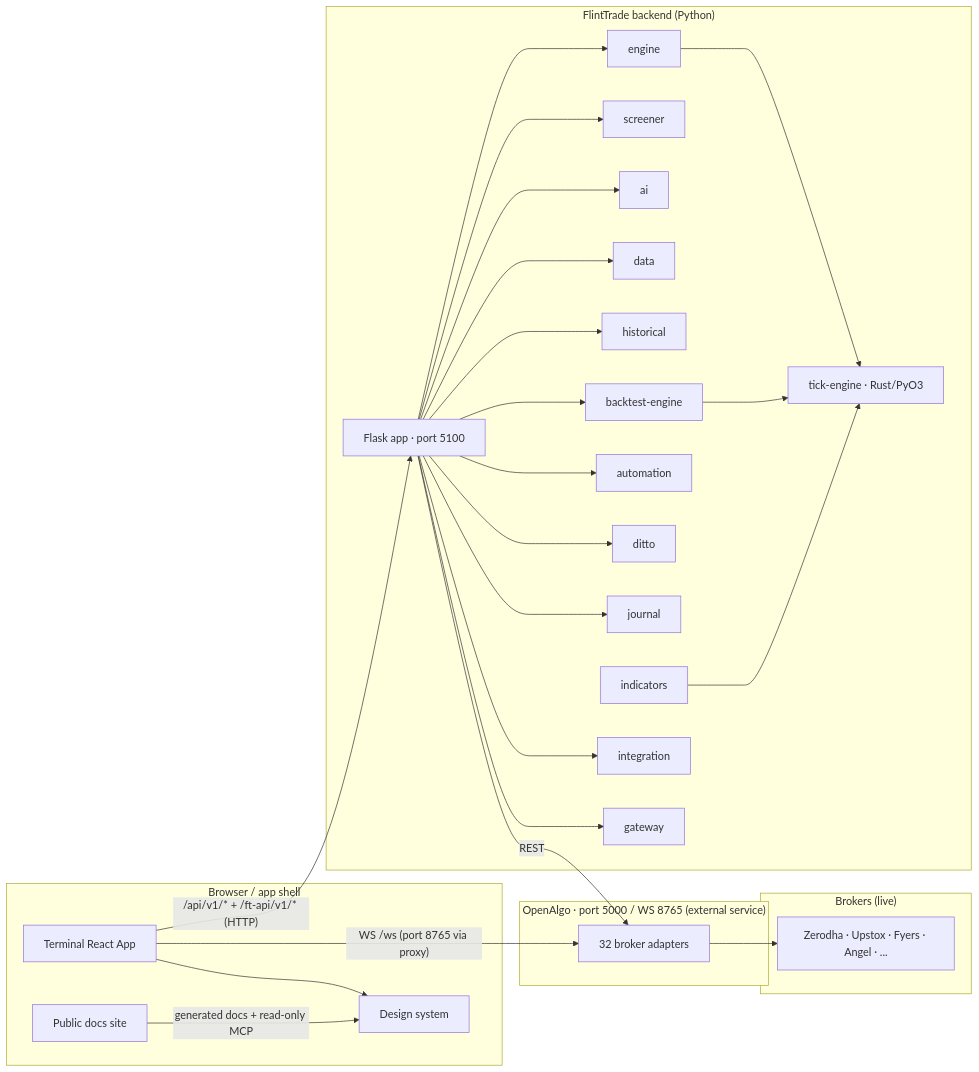
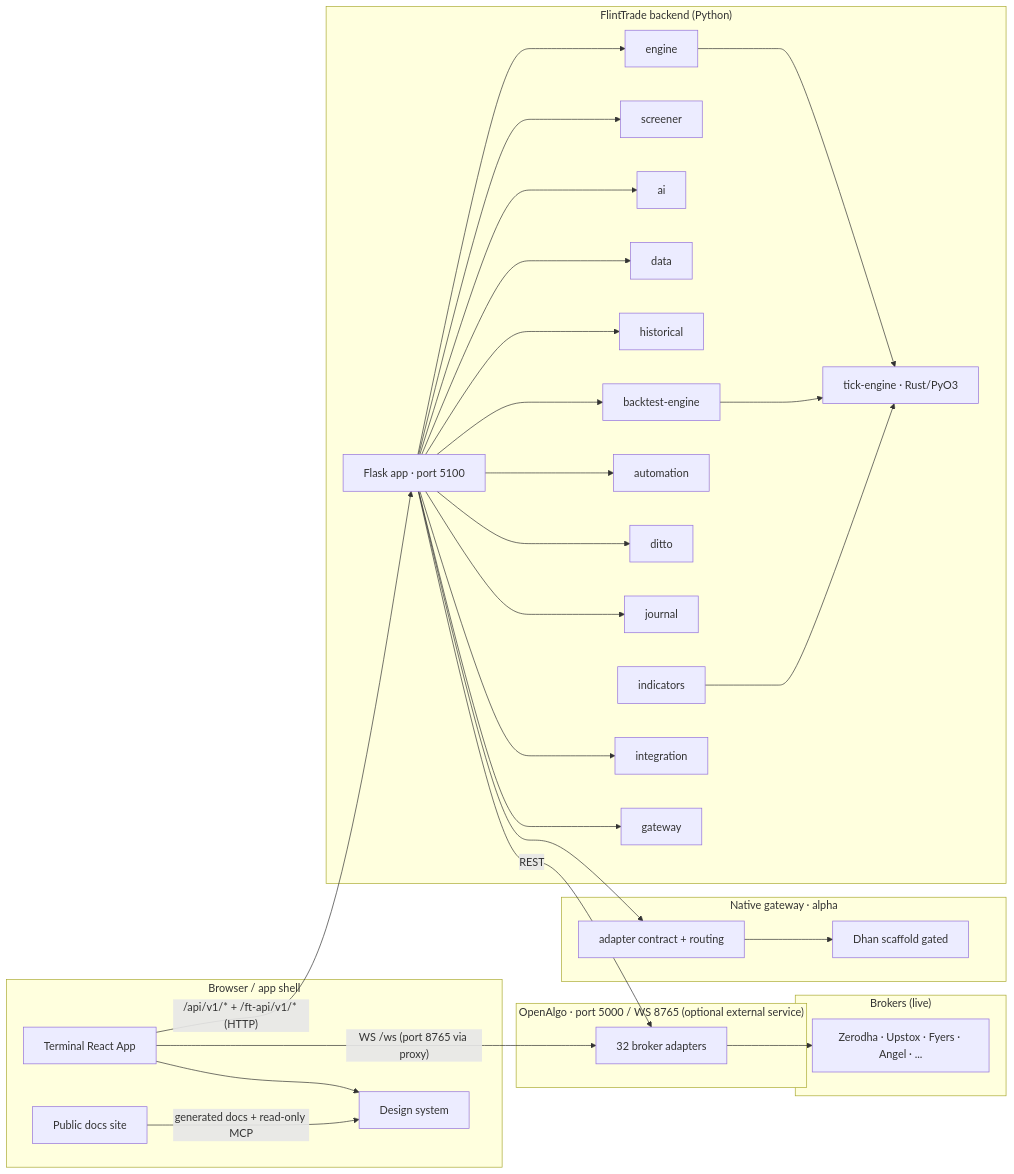
Before and after one commit to navaneeshnagarajan/FlintTrade: the first of 5 diagrams in docs/ARCHITECTURE.md, drawn with Mermaid. The commit also changed other lines of this file and 242 other files, not shown here.

````diff
--- a/docs/ARCHITECTURE.md
+++ b/docs/ARCHITECTURE.md
@@ -16,54 +16,61 @@
 ```mermaid
 flowchart LR
     subgraph Browser["Browser / app shell"]
         T[Terminal React App]
         SITE[Public docs site]
         DS[Design system]
     end
 
     subgraph Backend["FlintTrade backend (Python)"]
         F[Flask app · port 5100]
         E[engine]
         S[screener]
         AI[ai]
         D[data]
         H[historical]
         BT[backtest-engine]
         AUT[automation]
         DIT[ditto]
         JNL[journal]
         IND[indicators]
         ING[integration]
         GW[gateway]
         TICK[tick-engine · Rust/PyO3]
     end
 
-    subgraph OpenAlgo["OpenAlgo · port 5000 / WS 8765 (external service)"]
+    subgraph NativeGateway["Native gateway · alpha"]
+        NGA[adapter contract + routing]
+        DHAN[Dhan scaffold gated]
+    end
+
+    subgraph OpenAlgo["OpenAlgo · port 5000 / WS 8765 (optional external service)"]
         OA[32 broker adapters]
     end
 
     subgraph Brokers["Brokers (live)"]
         B1[Zerodha · Upstox · Fyers · Angel · ...]
     end
 
     T -- "/api/v1/* + /ft-api/v1/* (HTTP)" --> F
     T -- "WS /ws (port 8765 via proxy)" --> OA
     SITE -- "generated docs + read-only MCP" --> DS
     T --> DS
     F --> E
     F --> S
     F --> AI
     F --> D
     F --> H
     F --> BT
     F --> AUT
     F --> DIT
     F --> JNL
     F --> ING
     F --> GW
     E --> TICK
     BT --> TICK
     IND --> TICK
+    F --> NGA
+    NGA --> DHAN
     F -- "REST" --> OA
     OA --> B1
 ```
````
